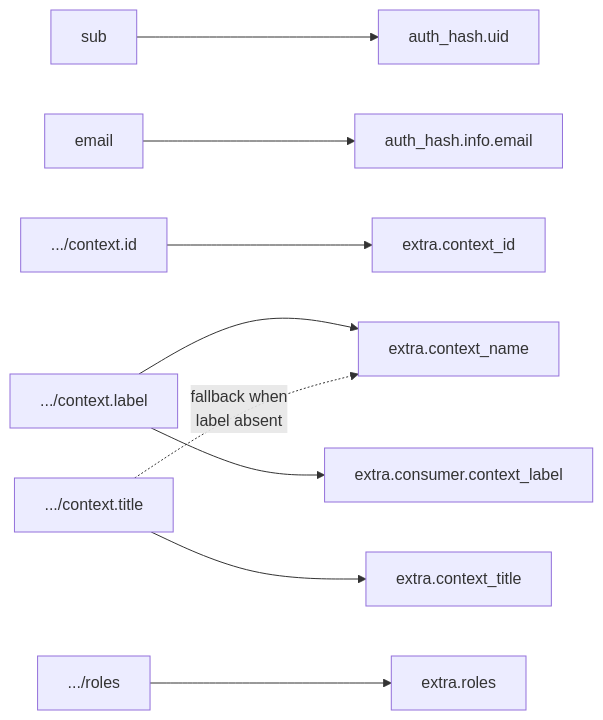
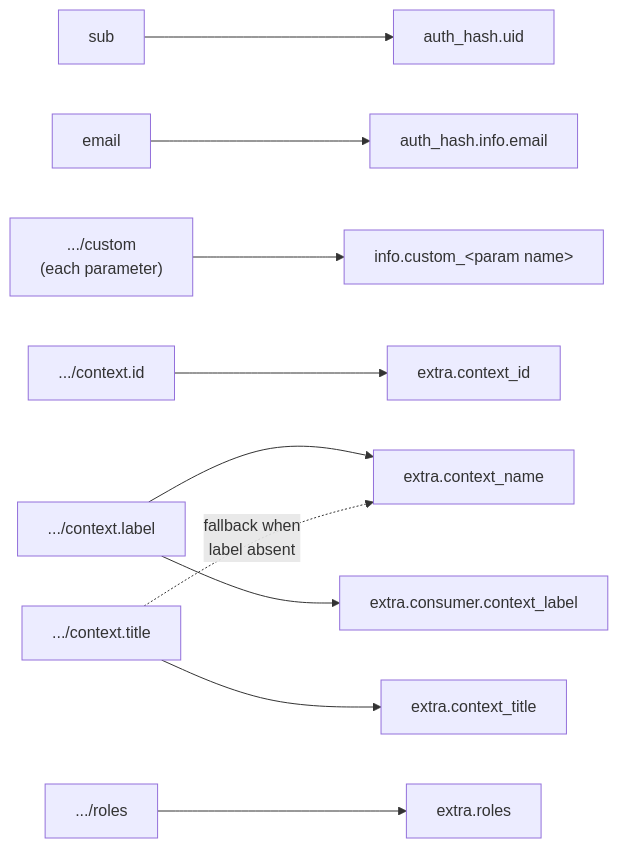
Before and after one commit to mohideen/omniauth-lti13: the second of 2 diagrams in docs/authentication-flow.md, drawn with Mermaid. The commit also changed other lines of this file and 5 other files, not shown here.

First line of the commit message:
Merge LTI custom claim parameters into auth_hash.info

````diff
--- a/docs/authentication-flow.md
+++ b/docs/authentication-flow.md
@@ -134,11 +134,12 @@
 ```mermaid
 flowchart LR
     sub["sub"] --> uid["auth_hash.uid"]
     email["email"] --> infoEmail["auth_hash.info.email"]
+    custom[".../custom<br/>(each parameter)"] --> infoCustom["info.custom_&lt;param name&gt;"]
     ctxId[".../context.id"] --> ctxIdOut["extra.context_id"]
     label[".../context.label"] --> name["extra.context_name"]
     title[".../context.title"] -.->|fallback when<br/>label absent| name
     label --> consumer["extra.consumer.context_label"]
     title --> ctxTitle["extra.context_title"]
     roles[".../roles"] --> rolesOut["extra.roles"]
 ```
````
